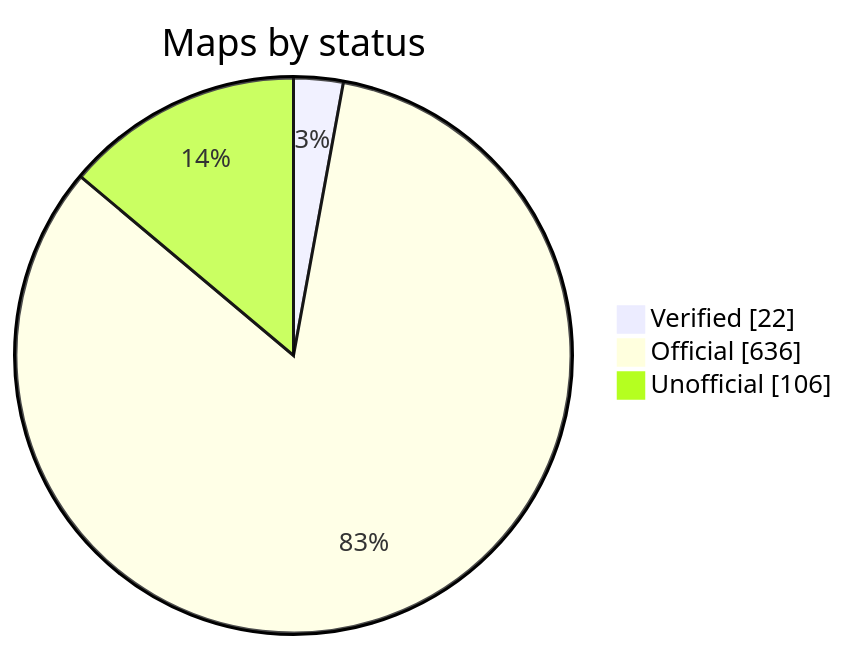
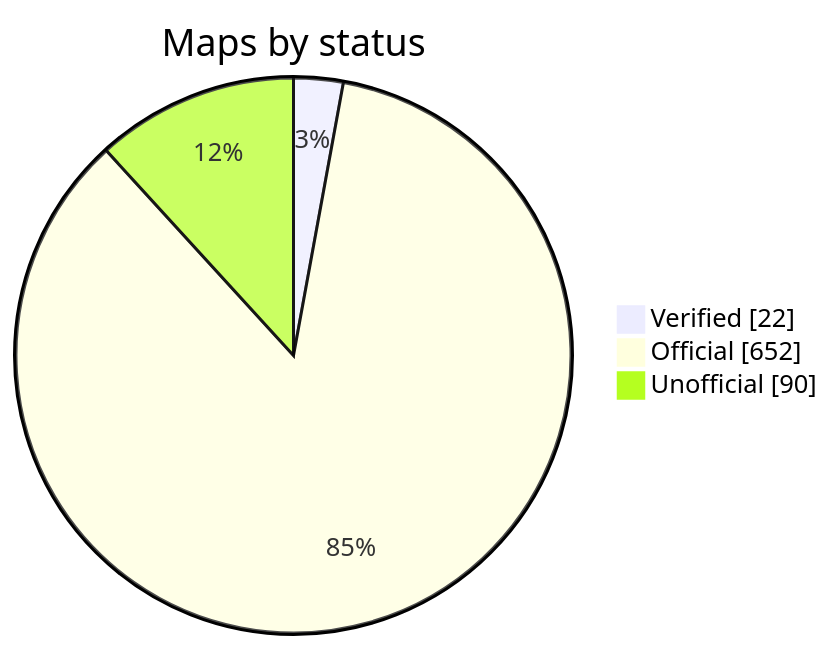
The diagram in README.md (nobrega8/mbmap-library), drawn with Mermaid before and after one commit. The commit also changed 5 other files, not shown here.

````diff
--- a/README.md
+++ b/README.md
@@ -52,7 +52,7 @@
 ```mermaid
 pie showData
     title Maps by status
     "Verified" : 22
-    "Official" : 636
-    "Unofficial" : 106
+    "Official" : 652
+    "Unofficial" : 90
 ```
````
